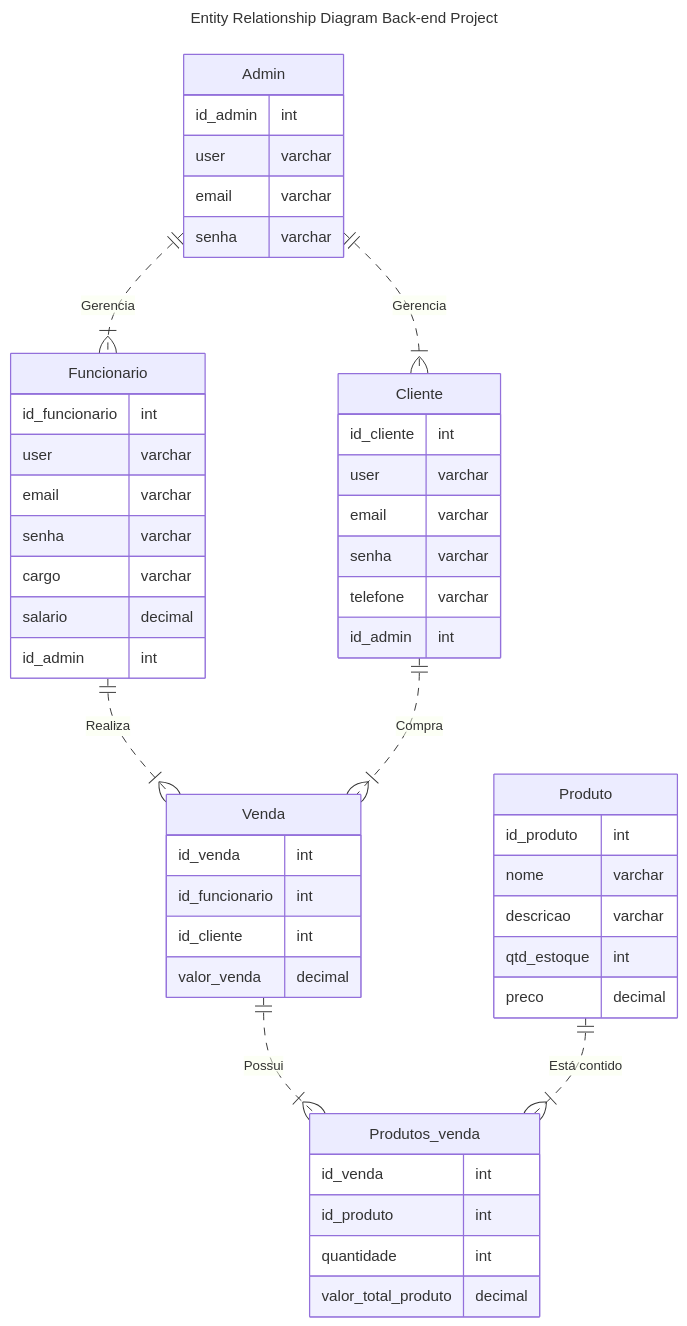
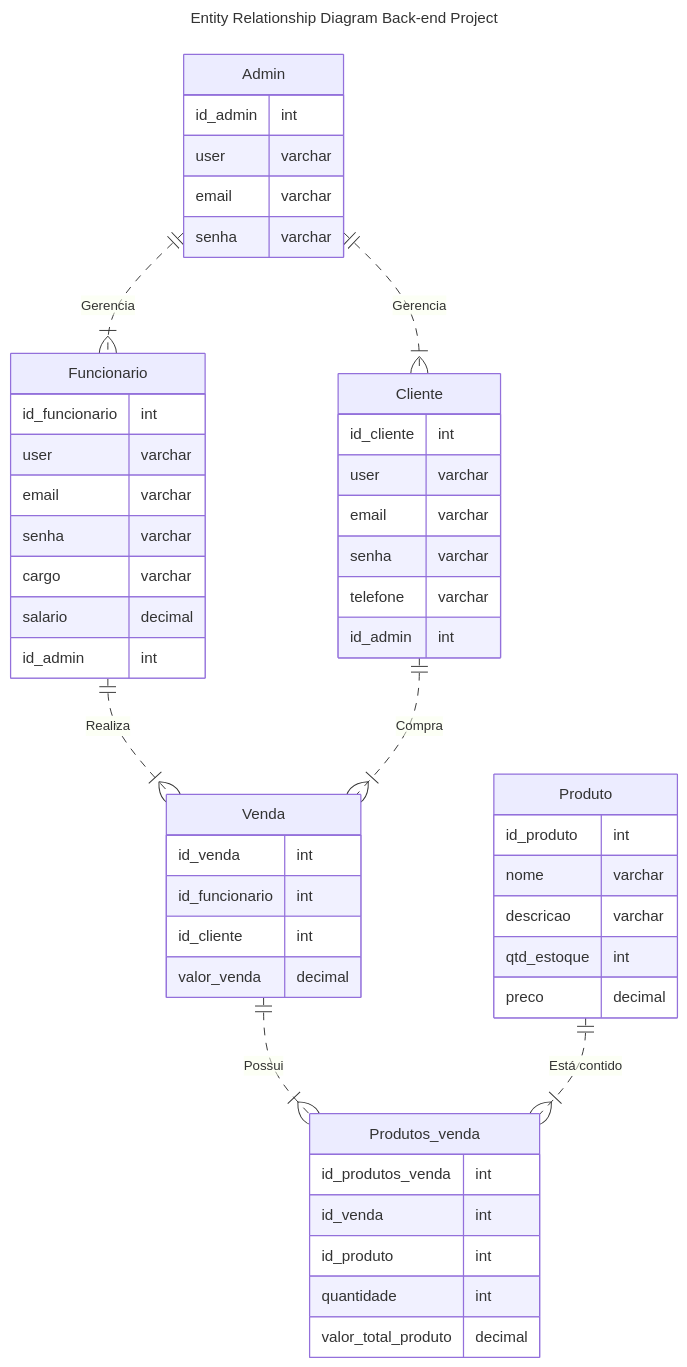
One commit to Serg-Ale/projeto-backend changed the diagram in diagrams/DER.mmd. Above: the diagram before and after it, drawn with Mermaid. The commit also changed 3 other files, not shown here.

```diff
--- a/diagrams/DER.mmd
+++ b/diagrams/DER.mmd
@@ -1,59 +1,59 @@
 ---
 title: Entity Relationship Diagram Back-end Project
 ---
 erDiagram
     Cliente {
       id_cliente int
       user varchar
       email varchar
       senha varchar
       telefone varchar
       id_admin int
     }
 
     Funcionario {
       id_funcionario int
       user varchar
       email varchar
       senha varchar
       cargo varchar
       salario decimal
       id_admin int
     }
 
     Venda {
       id_venda int
       id_funcionario int
       id_cliente int
       valor_venda decimal
     }
 
     Admin {
       id_admin int
       user varchar
       email varchar
       senha varchar
     }
 
     Produto {
       id_produto int
       nome varchar 
       descricao varchar
       qtd_estoque int
       preco decimal 
     }
 
-
     Produtos_venda{
+      id_produtos_venda int
       id_venda int
       id_produto int
       quantidade int
       valor_total_produto decimal
     }
 
     Admin ||..|{ Funcionario : "Gerencia"
     Admin ||..|{ Cliente : "Gerencia"
     Funcionario ||..|{ Venda: "Realiza"
     Cliente||..|{ Venda: "Compra"
     Venda||..|{ Produtos_venda: "Possui"
     Produto||..|{ Produtos_venda: "Está contido"
```
